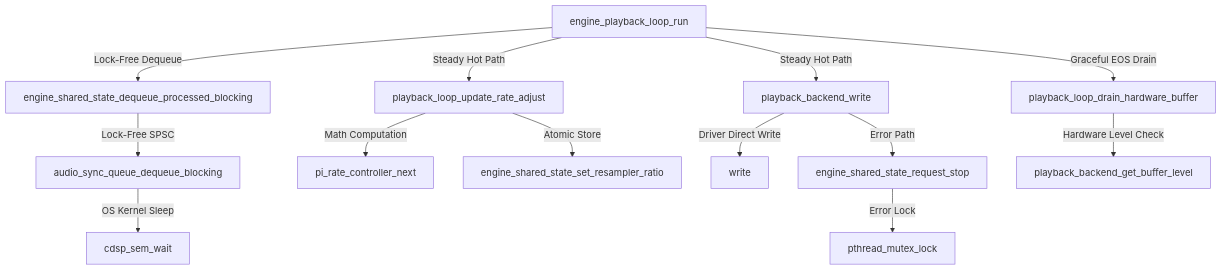
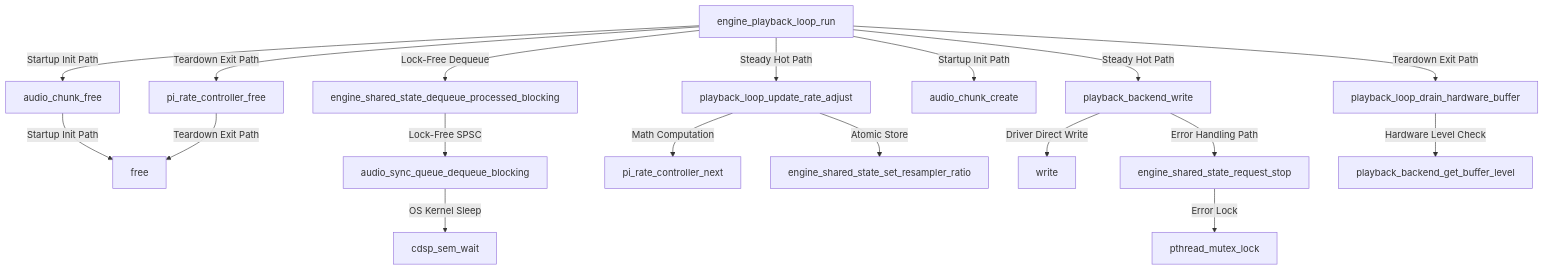
One commit to Wang-Yue/cdsp changed the third of 3 diagrams in callgraph_audit_report.md. Above: the diagram before and after it, drawn with Mermaid. The commit also changed other lines of this file and 1 other file, not shown here.

Commit message:
docs: update call graph audit report to include allocation auditing and refine architectural motivations

````diff
--- a/callgraph_audit_report.md
+++ b/callgraph_audit_report.md
@@ -102,19 +107,25 @@
 ```mermaid
 graph TD
     engine_playback_loop_run -->|Lock-Free Dequeue| engine_shared_state_dequeue_processed_blocking
     engine_playback_loop_run -->|Steady Hot Path| playback_loop_update_rate_adjust
     engine_playback_loop_run -->|Steady Hot Path| playback_backend_write
-    engine_playback_loop_run -->|Graceful EOS Drain| playback_loop_drain_hardware_buffer
+    engine_playback_loop_run -->|Teardown Exit Path| playback_loop_drain_hardware_buffer
+    engine_playback_loop_run -->|Startup Init Path| audio_chunk_create
+    engine_playback_loop_run -->|Startup Init Path| audio_chunk_free
+    engine_playback_loop_run -->|Teardown Exit Path| pi_rate_controller_free
+
+    audio_chunk_free -->|Startup Init Path| free
+    pi_rate_controller_free -->|Teardown Exit Path| free
 
     engine_shared_state_dequeue_processed_blocking -->|Lock-Free SPSC| audio_sync_queue_dequeue_blocking
     audio_sync_queue_dequeue_blocking -->|OS Kernel Sleep| cdsp_sem_wait
 
     playback_loop_update_rate_adjust -->|Math Computation| pi_rate_controller_next
     playback_loop_update_rate_adjust -->|Atomic Store| engine_shared_state_set_resampler_ratio
 
     playback_backend_write -->|Driver Direct Write| write
-    playback_backend_write -->|Error Path| engine_shared_state_request_stop
+    playback_backend_write -->|Error Handling Path| engine_shared_state_request_stop
 
     playback_loop_drain_hardware_buffer -->|Hardware Level Check| playback_backend_get_buffer_level
     engine_shared_state_request_stop -->|Error Lock| pthread_mutex_lock
 ```
````
